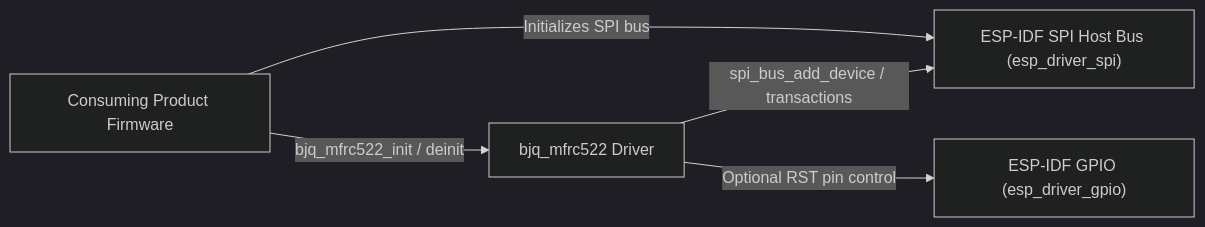
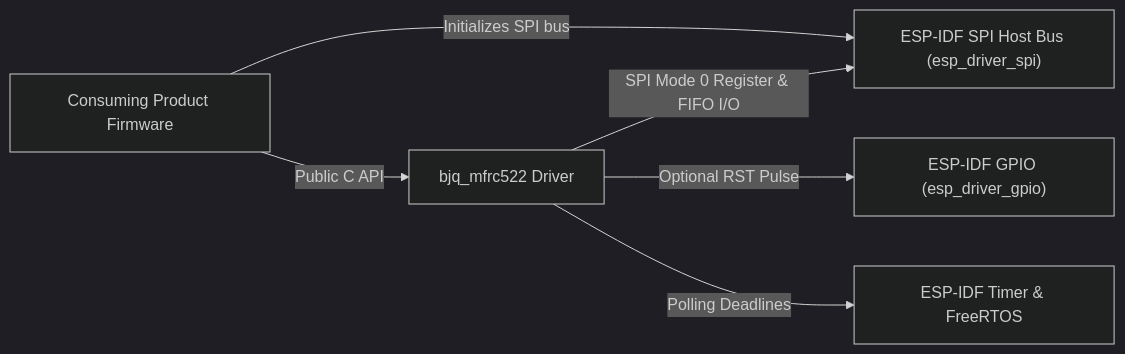
The first of 2 diagrams in drivers/bjq_mfrc522/docs/architecture.md (blankryan/bjq-esp-component), drawn with Mermaid (dark theme) before and after one commit. The commit also changed other lines of this file and 12 other files, not shown here.

Commit message:
feat(bjq_mfrc522): implement MFRC522 SPI register and ISO14443A UID protocol

````diff
--- a/drivers/bjq_mfrc522/docs/architecture.md
+++ b/drivers/bjq_mfrc522/docs/architecture.md
@@ -10,7 +10,8 @@
 ```mermaid
 flowchart LR
     APP["Consuming Product Firmware"] -->|Initializes SPI bus| SPIBUS["ESP-IDF SPI Host Bus (esp_driver_spi)"]
-    APP -->|bjq_mfrc522_init / deinit| DRV["bjq_mfrc522 Driver"]
-    DRV -->|spi_bus_add_device / transactions| SPIBUS
-    DRV -->|Optional RST pin control| GPIO["ESP-IDF GPIO (esp_driver_gpio)"]
+    APP -->|Public C API| DRV["bjq_mfrc522 Driver"]
+    DRV -->|SPI Mode 0 Register & FIFO I/O| SPIBUS
+    DRV -->|Optional RST Pulse| GPIO["ESP-IDF GPIO (esp_driver_gpio)"]
+    DRV -->|Polling Deadlines| TIMER["ESP-IDF Timer & FreeRTOS"]
 ```
````
